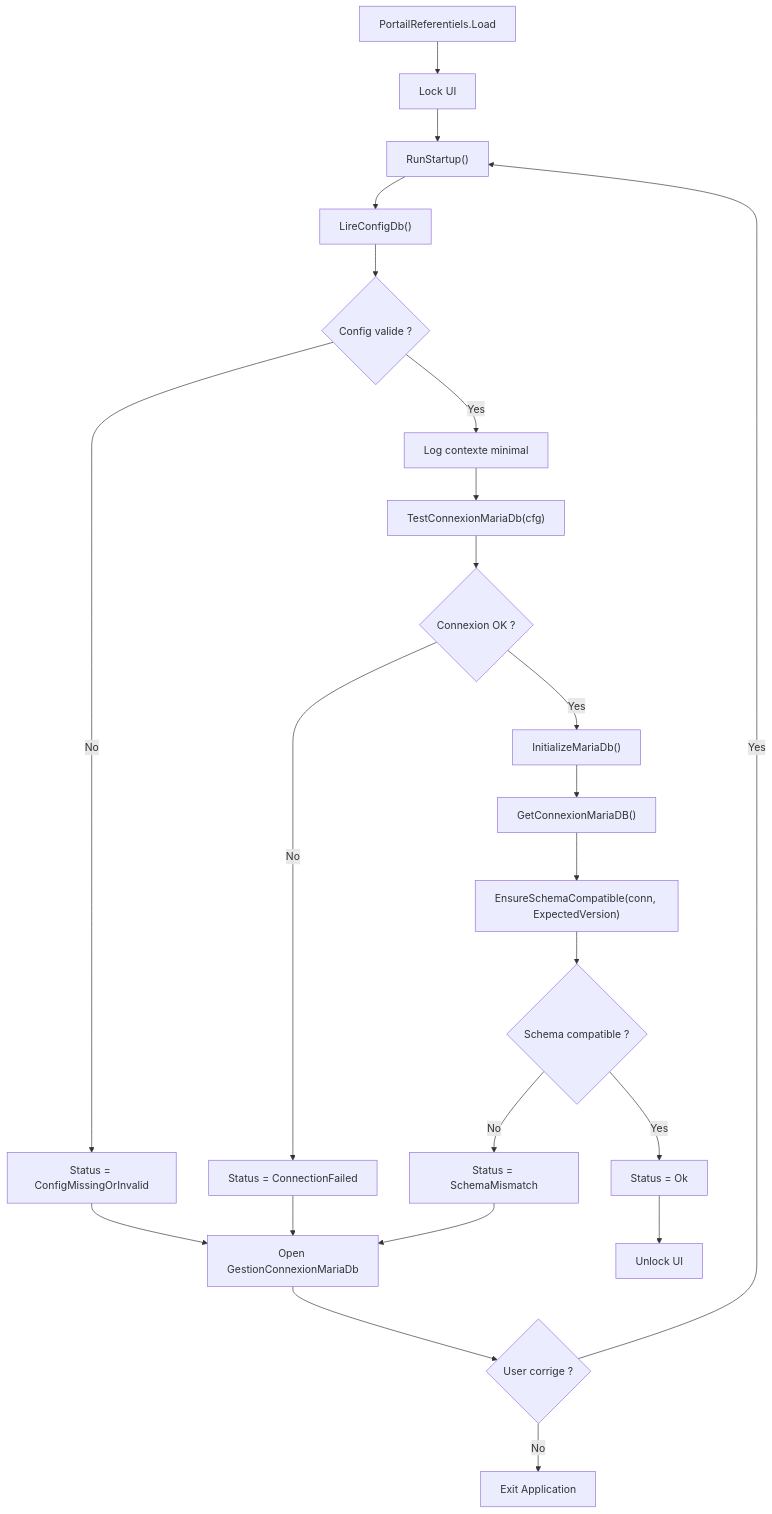
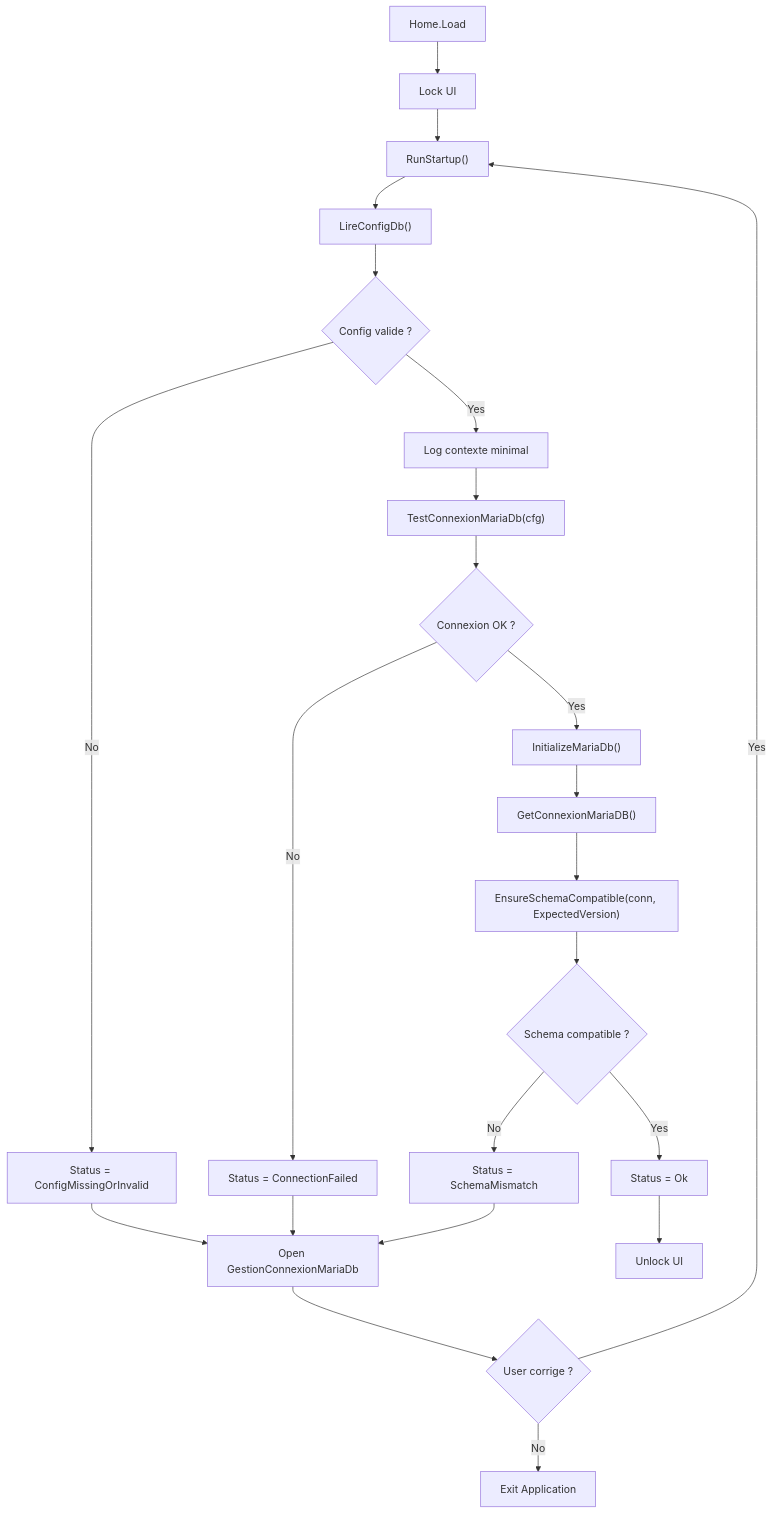
Before and after one commit to Les-Artefacts-de-Manou/Artefact: the first of 5 diagrams in Docs/Process_Artefact.md, drawn with Mermaid. The commit also changed other lines of this file and 84 other files, not shown here.

````diff
--- a/Docs/Process_Artefact.md
+++ b/Docs/Process_Artefact.md
@@ -108,33 +106,33 @@
 ```mermaid
 flowchart TD
-     A["PortailReferentiels.Load"] --> B["Lock UI"]
+     A["Home.Load"] --> B["Lock UI"]
     B --> C["RunStartup()"]
 
     C --> D["LireConfigDb()"]
     D --> E{"Config valide ?"}
     E -- No --> R1["Status = ConfigMissingOrInvalid"]
     E -- Yes --> F["Log contexte minimal"]
 
     F --> G["TestConnexionMariaDb(cfg)"]
     G --> H{"Connexion OK ?"}
     H -- No --> R2["Status = ConnectionFailed"]
 
     H -- Yes --> I["InitializeMariaDb()"]
     I --> J["GetConnexionMariaDB()"]
 
     J --> K["EnsureSchemaCompatible(conn, ExpectedVersion)"]
     K --> L{"Schema compatible ?"}
     L -- No --> R3["Status = SchemaMismatch"]
 
     L -- Yes --> M["Status = Ok"]
 
     R1 --> U["Open GestionConnexionMariaDb"]
     R2 --> U
     R3 --> U
 
     U --> V{"User corrige ?"}
     V -- No --> X["Exit Application"]
     V -- Yes --> C
 
     M --> Y["Unlock UI"]
 ```
````
